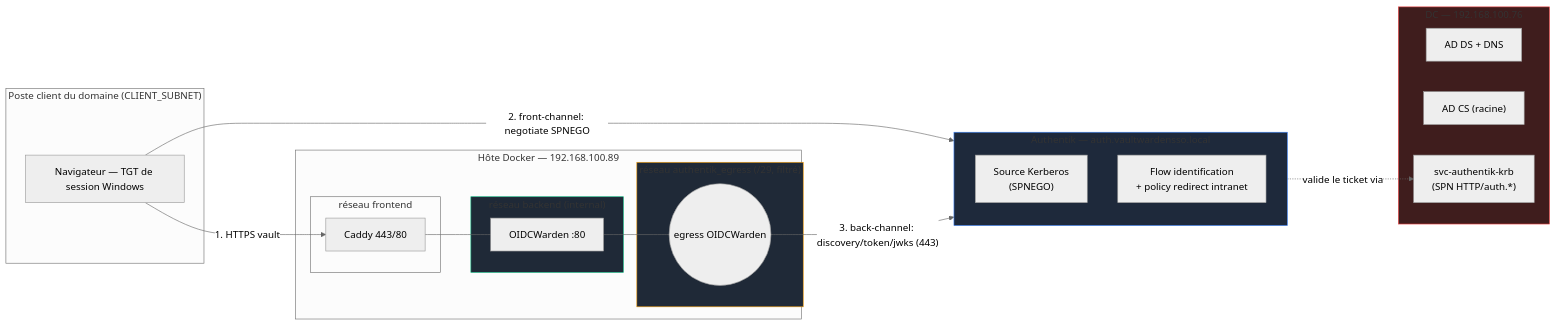
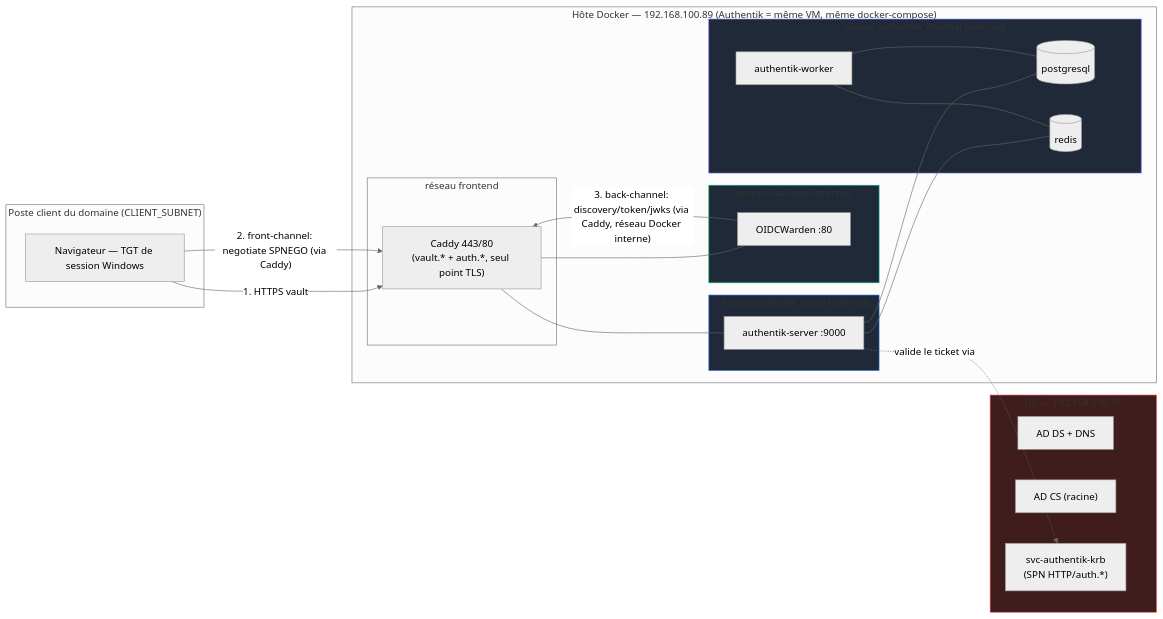
One commit to Phoenix0108/vaultwarden-stack-SSO changed the first of 2 diagrams in docs/01_architecture.md. Above: the diagram before and after it, drawn with Mermaid (neutral theme). The commit also changed other lines of this file and 9 other files, not shown here.

````diff
--- a/docs/01_architecture.md
+++ b/docs/01_architecture.md
@@ -5,41 +5,45 @@
 ```mermaid
 flowchart LR
     subgraph Client["Poste client du domaine (CLIENT_SUBNET)"]
         BR[Navigateur — TGT de session Windows]
     end
 
     subgraph DC["DC — 192.168.100.76"]
         AD["AD DS + DNS"]
         CA["AD CS (racine)"]
         KRB["svc-authentik-krb\n(SPN HTTP/auth.*)"]
     end
 
-    subgraph AUTH["Authentik — auth.vaultwardensso.local"]
-        SRC["Source Kerberos\n(SPNEGO)"]
-        FLOW["Flow identification\n+ policy redirect intranet"]
-    end
-
-    subgraph DockerHost["Hôte Docker — 192.168.100.89"]
+    subgraph DockerHost["Hôte Docker — 192.168.100.89 (Authentik = même VM, même docker-compose)"]
         subgraph FE["réseau frontend"]
-            CADDY["Caddy 443/80"]
+            CADDY["Caddy 443/80\n(vault.* + auth.*, seul point TLS)"]
         end
         subgraph BE["réseau backend (internal)"]
             VW["OIDCWarden :80"]
         end
-        subgraph EG["réseau authentik_egress (/29, filtré)"]
-            VWE(("egress OIDCWarden"))
+        subgraph APX["réseau authentik_proxy (internal)"]
+            AKS["authentik-server :9000"]
+        end
+        subgraph AIN["réseau authentik_internal (internal)"]
+            AKW["authentik-worker"]
+            PG[("postgresql")]
+            RD[("redis")]
         end
         CADDY --- VW
-        VW --- VWE
+        CADDY --- AKS
+        AKS --- PG
+        AKS --- RD
+        AKW --- PG
+        AKW --- RD
     end
 
     BR -- "1. HTTPS vault" --> CADDY
-    BR -- "2. front-channel: negotiate SPNEGO" --> AUTH
-    AUTH -. "valide le ticket via" .-> KRB
-    VWE -- "3. back-channel: discovery/token/jwks (443)" --> AUTH
+    BR -- "2. front-channel: negotiate SPNEGO (via Caddy)" --> CADDY
+    AKS -. "valide le ticket via" .-> KRB
+    VW -- "3. back-channel: discovery/token/jwks (via Caddy, réseau Docker interne)" --> CADDY
 
     style BE fill:#1f2937,stroke:#10b981
-    style EG fill:#1f2937,stroke:#f59e0b
+    style APX fill:#1f2937,stroke:#3b82f6
+    style AIN fill:#1f2937,stroke:#6366f1
     style DC fill:#3f1d1d,stroke:#ef4444
-    style AUTH fill:#1e293b,stroke:#3b82f6
 ```
````
